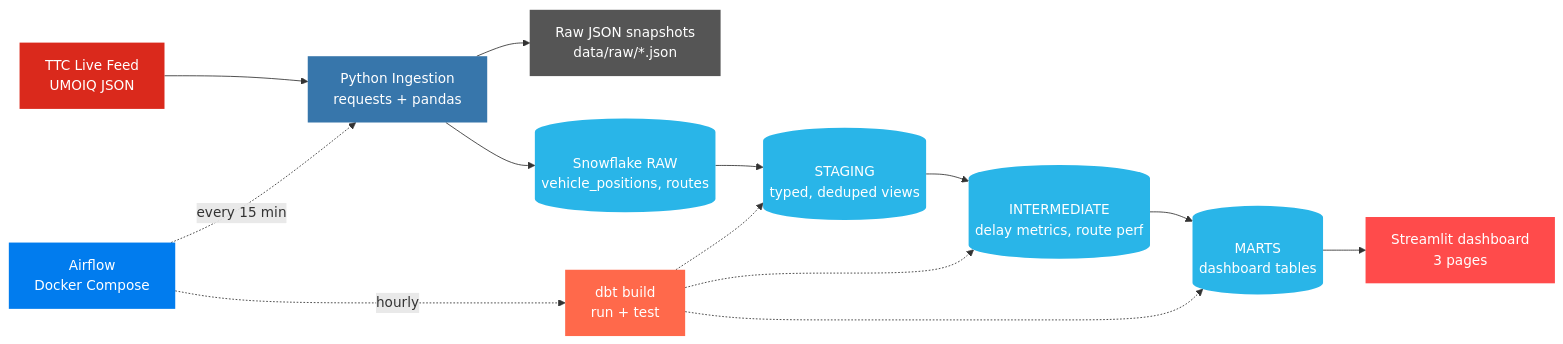
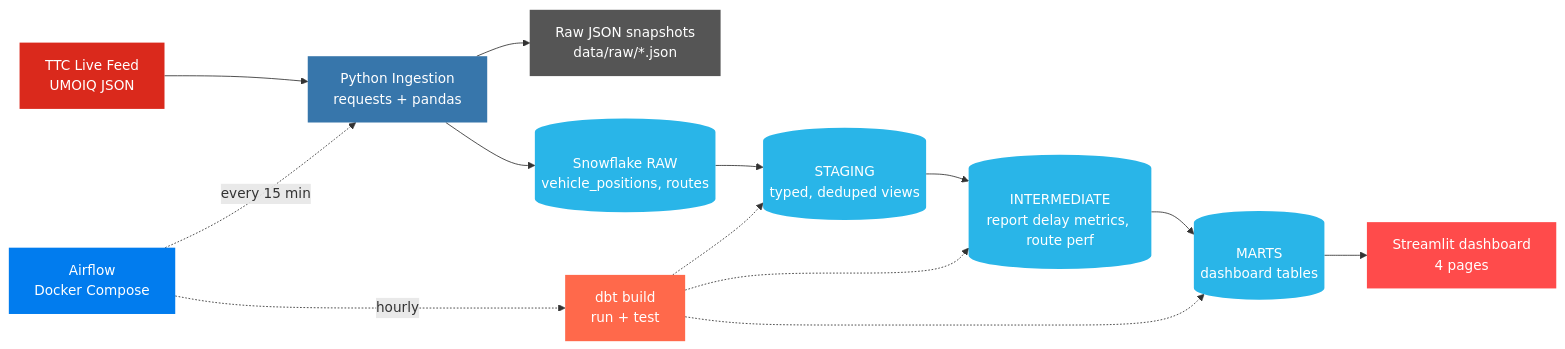
One commit to riyasatzaman/ttc-transit-pipeline changed the diagram in README.md. Above: the diagram before and after it, drawn with Mermaid. The commit also changed other lines of this file, not shown here.

Commit message:
Update README to match the deployed dashboard — rename to TTC Transit Reliability Monitor and refresh terminology

````diff
--- a/README.md
+++ b/README.md
@@ -18,24 +31,24 @@
 ```mermaid
 flowchart LR
     A[TTC Live Feed<br/>UMOIQ JSON]:::source --> B[Python Ingestion<br/>requests + pandas]:::python
     B --> C[Raw JSON snapshots<br/>data/raw/*.json]:::file
     B --> D[(Snowflake RAW<br/>vehicle_positions, routes)]:::snowflake
     D --> E[(STAGING<br/>typed, deduped views)]:::snowflake
-    E --> F[(INTERMEDIATE<br/>delay metrics, route perf)]:::snowflake
+    E --> F[(INTERMEDIATE<br/>report delay metrics, route perf)]:::snowflake
     F --> G[(MARTS<br/>dashboard tables)]:::snowflake
-    G --> H[Streamlit dashboard<br/>3 pages]:::dashboard
+    G --> H[Streamlit dashboard<br/>4 pages]:::dashboard
 
     I[Airflow<br/>Docker Compose]:::airflow -.->|every 15 min| B
     I -.->|hourly| J[dbt build<br/>run + test]:::dbt
     J -.-> E
     J -.-> F
     J -.-> G
 
     classDef source     fill:#DA291C,color:#fff,stroke:none
     classDef python     fill:#3776ab,color:#fff,stroke:none
     classDef file       fill:#555,color:#fff,stroke:none
     classDef snowflake  fill:#29b5e8,color:#fff,stroke:none
     classDef airflow    fill:#017cee,color:#fff,stroke:none
     classDef dbt        fill:#ff694b,color:#fff,stroke:none
     classDef dashboard  fill:#ff4b4b,color:#fff,stroke:none
 ```
````
